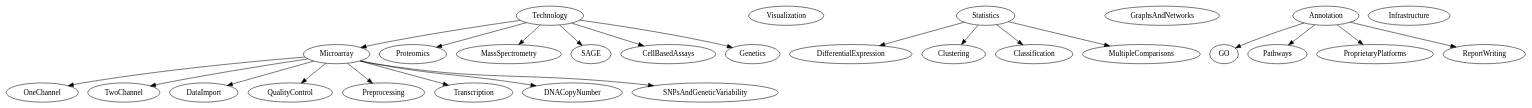
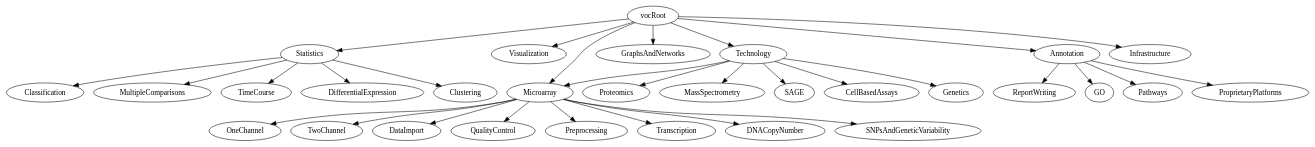
Before and after one commit to Bioconductor/biocViews: the diagram in inst/dot/sep05.dot, drawn with Graphviz.

Commit message:
added root, TimeCourse

```diff
--- a/inst/dot/sep05.dot
+++ b/inst/dot/sep05.dot
@@ -1,31 +1,40 @@
 digraph G {
+vocRoot;
 Microarray;
 Visualization;
 Statistics;
 GraphsAndNetworks;
 Technology;
 Annotation;
 Infrastructure;
+vocRoot -> Microarray;
+vocRoot -> Visualization;
+vocRoot -> Statistics;
+vocRoot -> GraphsAndNetworks;
+vocRoot -> Technology;
+vocRoot -> Annotation;
+vocRoot -> Infrastructure;
 Microarray -> OneChannel;
 Microarray -> TwoChannel;
 Microarray -> DataImport;
 Microarray -> QualityControl;
 Microarray -> Preprocessing;
 Microarray -> Transcription;
 Microarray -> DNACopyNumber;
 Microarray -> SNPsAndGeneticVariability;
 Statistics -> DifferentialExpression;
 Statistics -> Clustering;
 Statistics -> Classification;
 Statistics -> MultipleComparisons;
+Statistics -> TimeCourse;
 Technology -> Microarray;
 Technology -> Proteomics;
 Technology -> MassSpectrometry;
 Technology -> SAGE;
 Technology -> CellBasedAssays;
 Technology -> Genetics;
 Annotation -> GO;
 Annotation -> Pathways;
 Annotation -> ProprietaryPlatforms;
 Annotation -> ReportWriting;
 }
```
